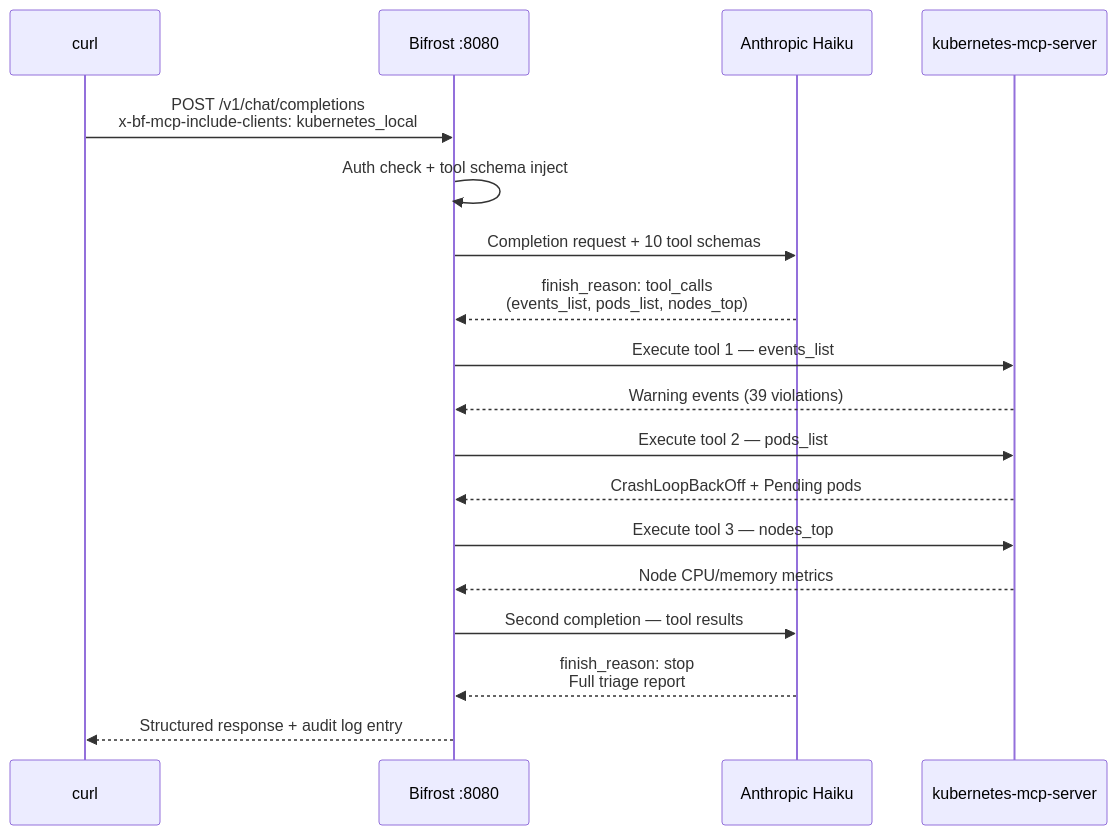
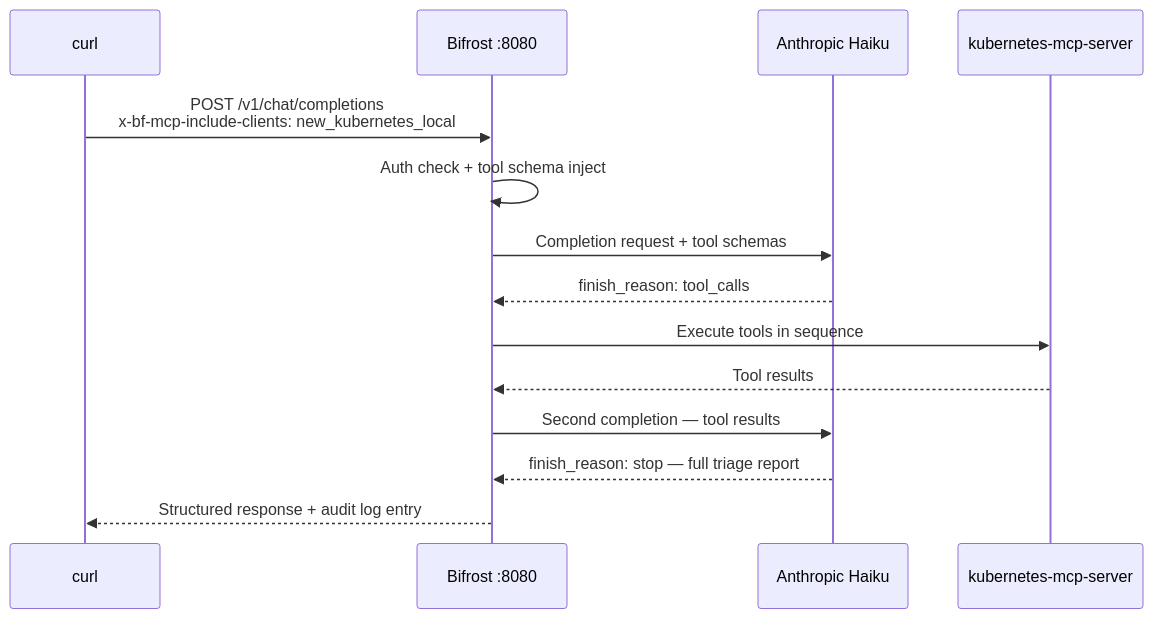
The second of 2 diagrams in docs/demo-guide.md (simonjday/bifrost-k8s-demo), drawn with Mermaid before and after one commit. The commit also changed other lines of this file, not shown here.

Commit message:
Rewrite demo-guide — new_kubernetes_local prefix, add Demo 11 Prometheus MCP, fix gotchas

````diff
--- a/docs/demo-guide.md
+++ b/docs/demo-guide.md
@@ -827,21 +354,17 @@
 ```mermaid
 sequenceDiagram
     participant C as curl
     participant B as Bifrost :8080
     participant A as Anthropic Haiku
     participant M as kubernetes-mcp-server
 
-    C->>B: POST /v1/chat/completions<br/>x-bf-mcp-include-clients: kubernetes_local
+    C->>B: POST /v1/chat/completions<br/>x-bf-mcp-include-clients: new_kubernetes_local
     B->>B: Auth check + tool schema inject
-    B->>A: Completion request + 10 tool schemas
-    A-->>B: finish_reason: tool_calls<br/>(events_list, pods_list, nodes_top)
-    B->>M: Execute tool 1 — events_list
-    M-->>B: Warning events (39 violations)
-    B->>M: Execute tool 2 — pods_list
-    M-->>B: CrashLoopBackOff + Pending pods
-    B->>M: Execute tool 3 — nodes_top
-    M-->>B: Node CPU/memory metrics
+    B->>A: Completion request + tool schemas
+    A-->>B: finish_reason: tool_calls
+    B->>M: Execute tools in sequence
+    M-->>B: Tool results
     B->>A: Second completion — tool results
-    A-->>B: finish_reason: stop<br/>Full triage report
+    A-->>B: finish_reason: stop — full triage report
     B-->>C: Structured response + audit log entry
 ```
````
